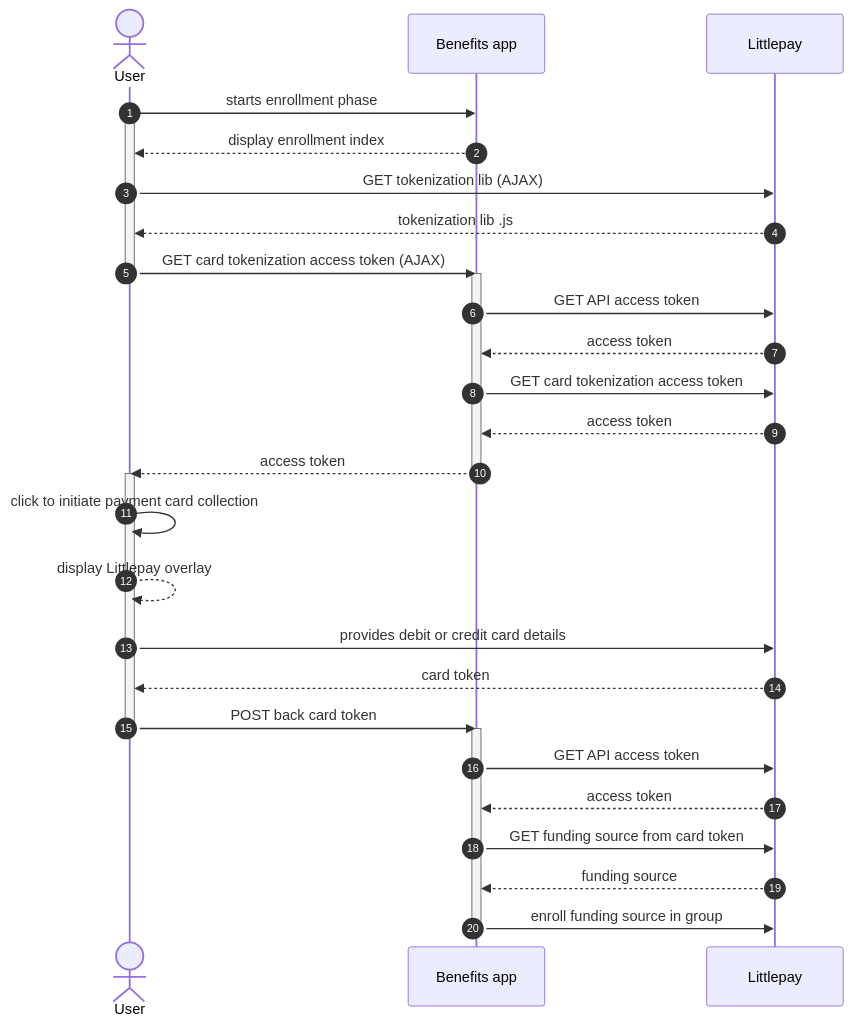
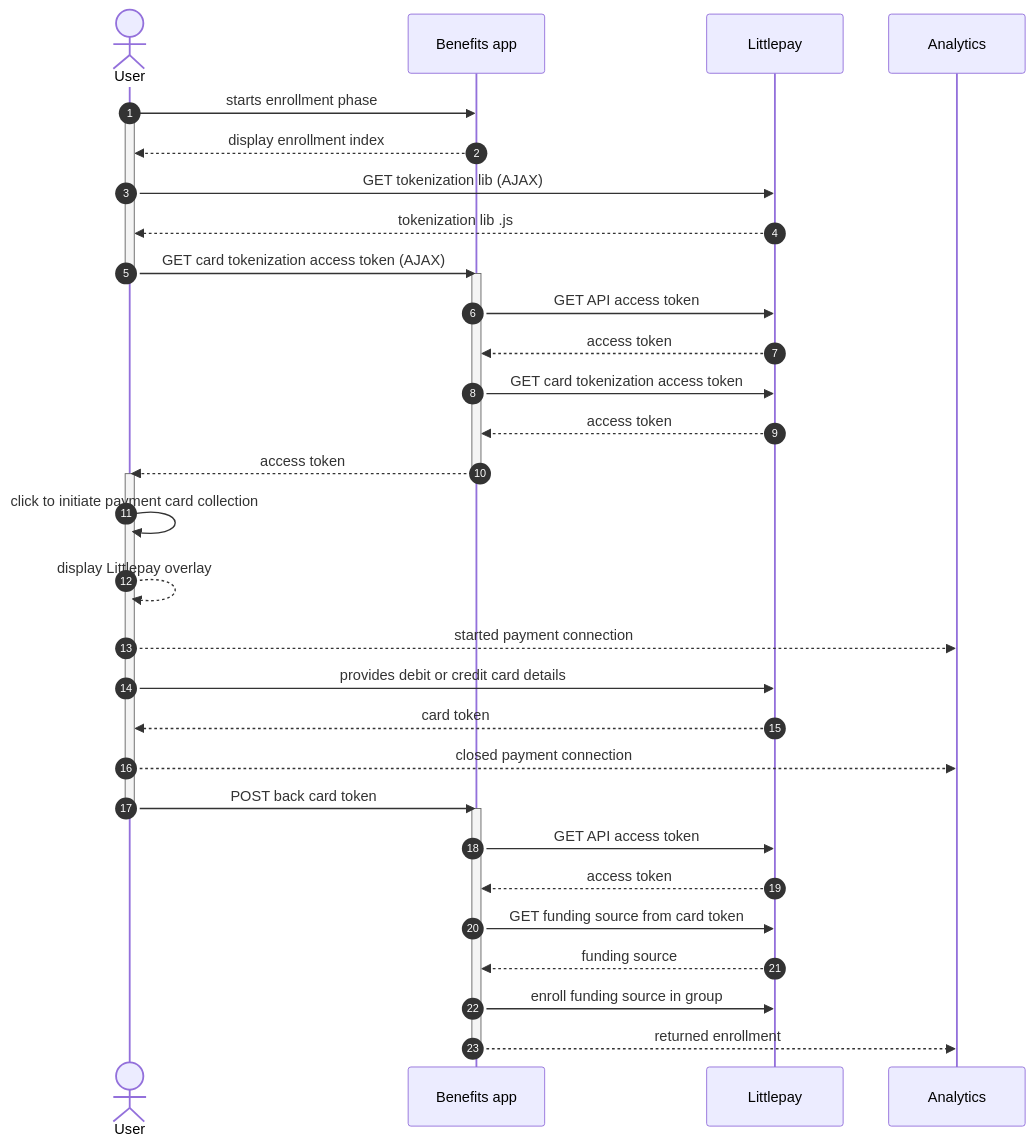
The sixth of 6 diagrams in docs/development/application-logic.md (cal-itp/benefits), drawn with Mermaid before and after one commit. The commit also changed other lines of this file, not shown here.

First line of the commit message:
docs(logic): add analytics events

````diff
--- a/docs/development/application-logic.md
+++ b/docs/development/application-logic.md
@@ -237,37 +248,41 @@
 ```mermaid
 sequenceDiagram
 autonumber
 %% Enrollment phase
     actor user as User
     participant benefits as Benefits app
     participant littlepay as Littlepay
+    participant analytics as Analytics
 
 user->>benefits: starts enrollment phase
     activate user
 benefits-->>user: display enrollment index
 user->>littlepay: GET tokenization lib (AJAX)
 littlepay-->>user: tokenization lib .js
 user->>benefits: GET card tokenization access token (AJAX)
     deactivate user
     activate benefits
 benefits->>littlepay: GET API access token
 littlepay-->>benefits: access token
 benefits->>littlepay: GET card tokenization access token
 littlepay-->>benefits: access token
 benefits-->>user: access token
     deactivate benefits
     activate user
 user->>user: click to initiate payment card collection
 user-->>user: display Littlepay overlay
+user-->>analytics: started payment connection
 user->>littlepay: provides debit or credit card details
 littlepay-->>user: card token
+user-->>analytics: closed payment connection
 user->>benefits: POST back card token
     deactivate user
     activate benefits
 benefits->>littlepay: GET API access token
 littlepay-->>benefits: access token
 benefits->>littlepay: GET funding source from card token
 littlepay-->>benefits: funding source
 benefits->>littlepay: enroll funding source in group
+benefits-->>analytics: returned enrollment
     deactivate benefits
 ```
````
